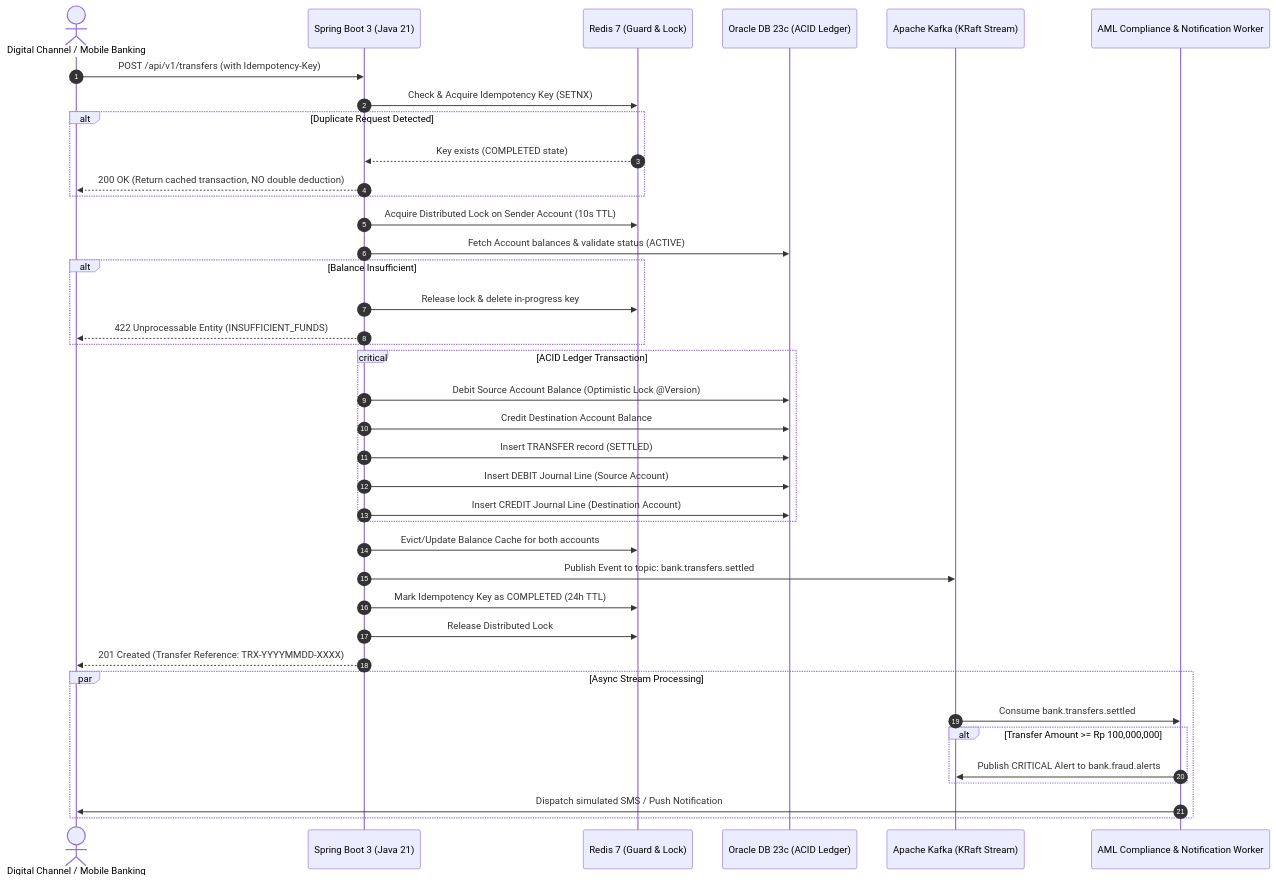
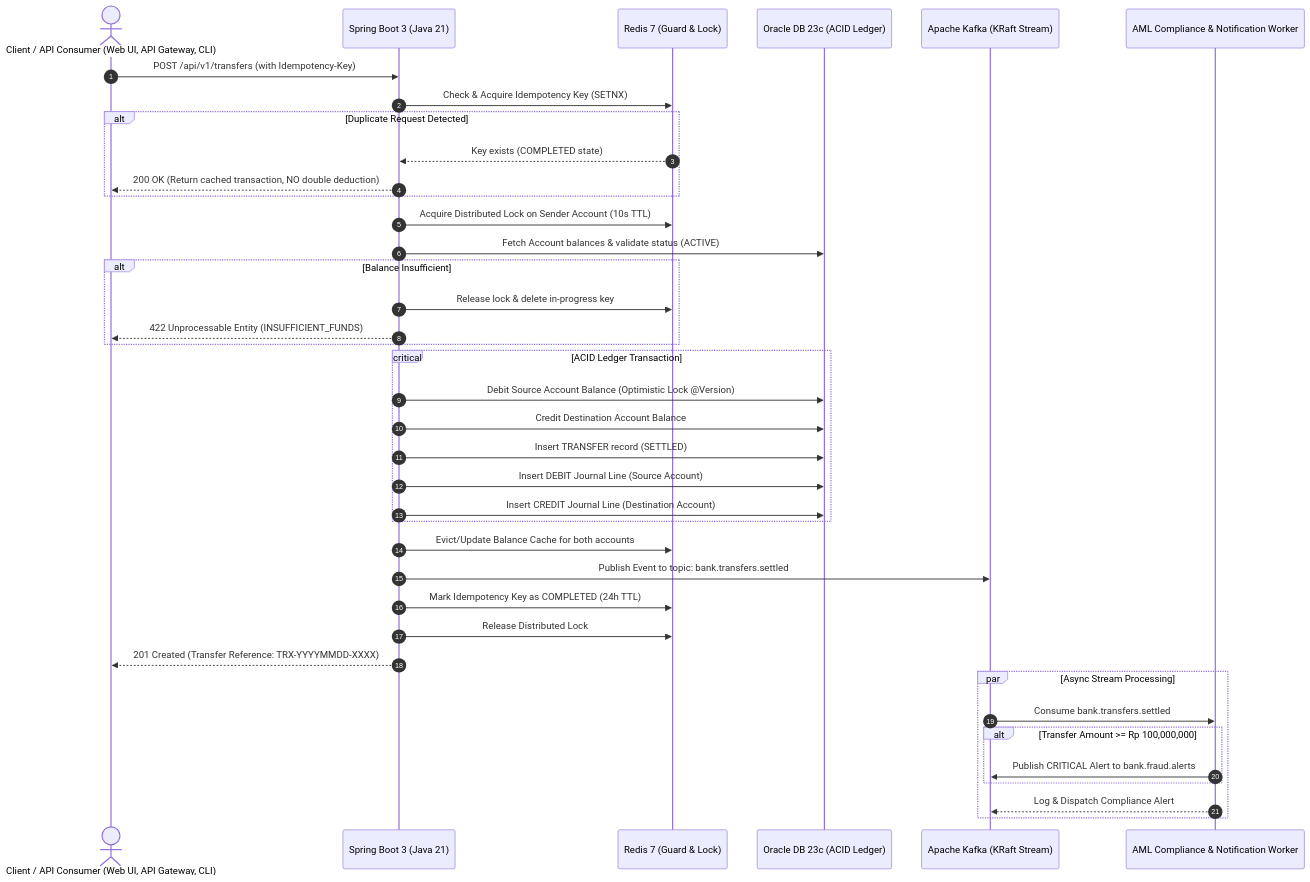
Before and after one commit to aldian/indibank-core: the diagram in README.md, drawn with Mermaid. The commit also changed 1 other file, not shown here.

Commit message:
docs(readme): refine Mermaid sequence diagram to accurately depict API consumers and compliance alert dispatch (#22)

````diff
--- a/README.md
+++ b/README.md
@@ -47,46 +47,46 @@
 ```mermaid
 sequenceDiagram
     autonumber
-    actor Client as Digital Channel / Mobile Banking
+    actor Client as Client / API Consumer (Web UI, API Gateway, CLI)
     participant API as Spring Boot 3 (Java 21)
     participant Redis as Redis 7 (Guard & Lock)
     participant Oracle as Oracle DB 23c (ACID Ledger)
     participant Kafka as Apache Kafka (KRaft Stream)
     participant AML as AML Compliance & Notification Worker
 
     Client->>API: POST /api/v1/transfers (with Idempotency-Key)
     API->>Redis: Check & Acquire Idempotency Key (SETNX)
     alt Duplicate Request Detected
         Redis-->>API: Key exists (COMPLETED state)
         API-->>Client: 200 OK (Return cached transaction, NO double deduction)
     end
 
     API->>Redis: Acquire Distributed Lock on Sender Account (10s TTL)
     API->>Oracle: Fetch Account balances & validate status (ACTIVE)
     alt Balance Insufficient
         API->>Redis: Release lock & delete in-progress key
         API-->>Client: 422 Unprocessable Entity (INSUFFICIENT_FUNDS)
     end
 
     critical ACID Ledger Transaction
         API->>Oracle: Debit Source Account Balance (Optimistic Lock @Version)
         API->>Oracle: Credit Destination Account Balance
         API->>Oracle: Insert TRANSFER record (SETTLED)
         API->>Oracle: Insert DEBIT Journal Line (Source Account)
         API->>Oracle: Insert CREDIT Journal Line (Destination Account)
     end
 
     API->>Redis: Evict/Update Balance Cache for both accounts
     API->>Kafka: Publish Event to topic: bank.transfers.settled
     API->>Redis: Mark Idempotency Key as COMPLETED (24h TTL)
     API->>Redis: Release Distributed Lock
     API-->>Client: 201 Created (Transfer Reference: TRX-YYYYMMDD-XXXX)
 
     par Async Stream Processing
         Kafka->>AML: Consume bank.transfers.settled
         alt Transfer Amount >= Rp 100,000,000
             AML->>Kafka: Publish CRITICAL Alert to bank.fraud.alerts
         end
-        AML->>Client: Dispatch simulated SMS / Push Notification
+        AML-->>Kafka: Log & Dispatch Compliance Alert
     end
 ```
````
